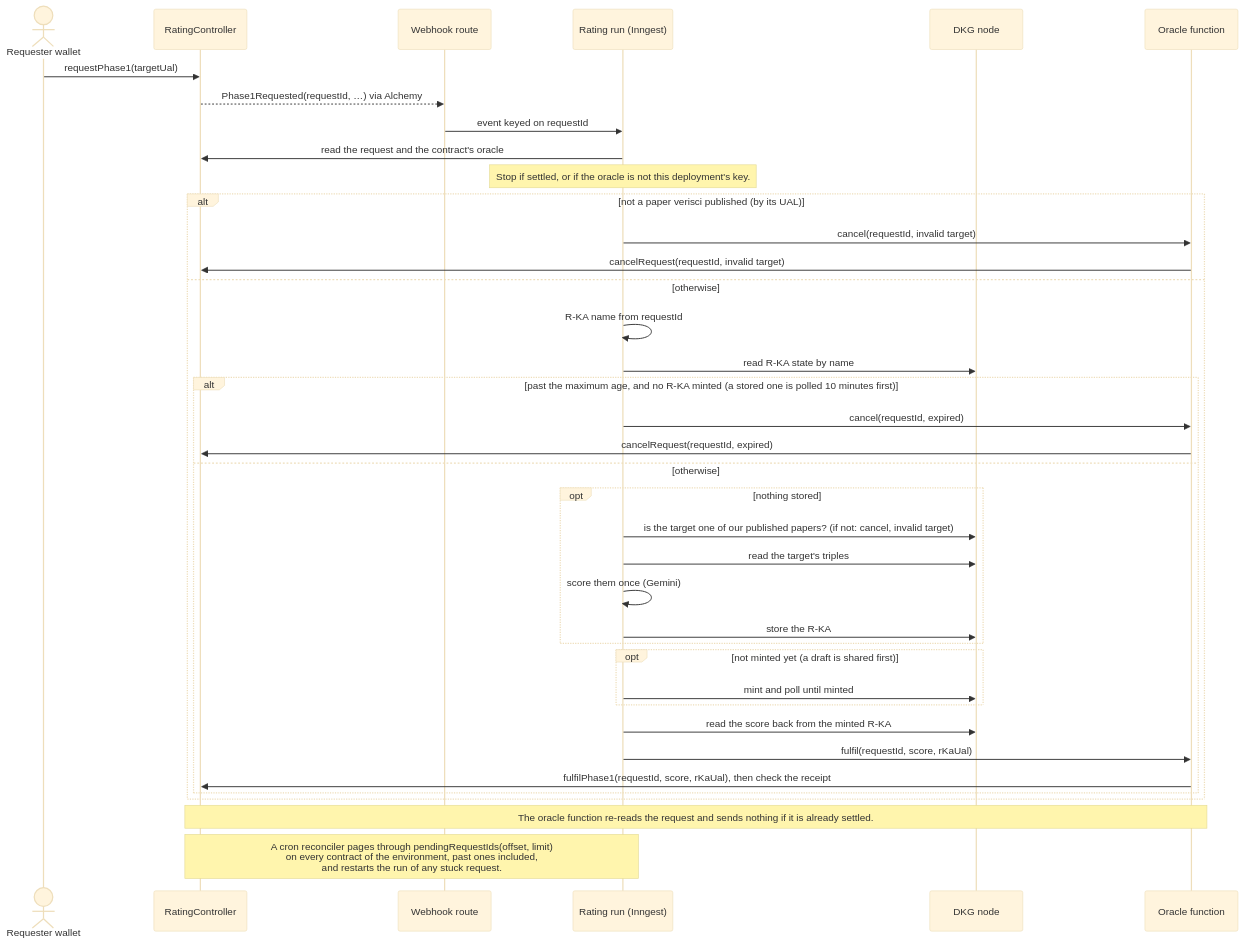
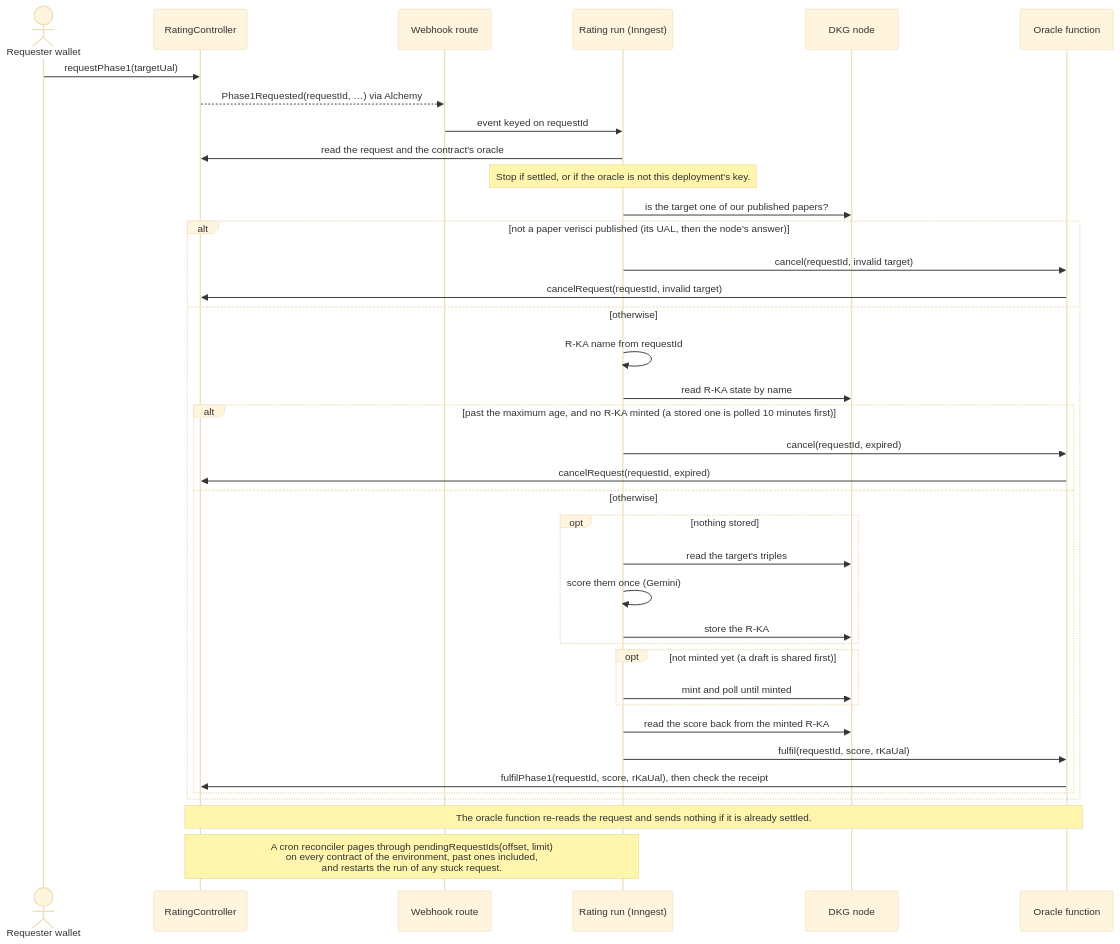
Before and after one commit to SiegfriedBz/labstrail: the third of 3 diagrams in README.md, drawn with Mermaid (base theme). The commit also changed other lines of this file and 3 other files, not shown here.

````diff
--- a/README.md
+++ b/README.md
@@ -175,40 +175,40 @@
 ```mermaid
 sequenceDiagram
   actor U as Requester wallet
   participant C as RatingController
   participant W as Webhook route
   participant R as Rating run (Inngest)
   participant N as DKG node
   participant O as Oracle function
   U->>C: requestPhase1(targetUal)
   C-->>W: Phase1Requested(requestId, …) via Alchemy
   W->>R: event keyed on requestId
   R->>C: read the request and the contract's oracle
   Note over R: Stop if settled, or if the oracle is not this deployment's key.
-  alt not a paper verisci published (by its UAL)
+  R->>N: is the target one of our published papers?
+  alt not a paper verisci published (its UAL, then the node's answer)
     R->>O: cancel(requestId, invalid target)
     O->>C: cancelRequest(requestId, invalid target)
   else otherwise
     R->>R: R-KA name from requestId
     R->>N: read R-KA state by name
     alt past the maximum age, and no R-KA minted (a stored one is polled 10 minutes first)
       R->>O: cancel(requestId, expired)
       O->>C: cancelRequest(requestId, expired)
     else otherwise
       opt nothing stored
-        R->>N: is the target one of our published papers? (if not: cancel, invalid target)
         R->>N: read the target's triples
         R->>R: score them once (Gemini)
         R->>N: store the R-KA
       end
       opt not minted yet (a draft is shared first)
         R->>N: mint and poll until minted
       end
       R->>N: read the score back from the minted R-KA
       R->>O: fulfil(requestId, score, rKaUal)
       O->>C: fulfilPhase1(requestId, score, rKaUal), then check the receipt
     end
   end
   Note over C,O: The oracle function re-reads the request and sends nothing if it is already settled.
   Note over C,R: A cron reconciler pages through pendingRequestIds(offset, limit)<br/>on every contract of the environment, past ones included,<br/>and restarts the run of any stuck request.
 ```
````
